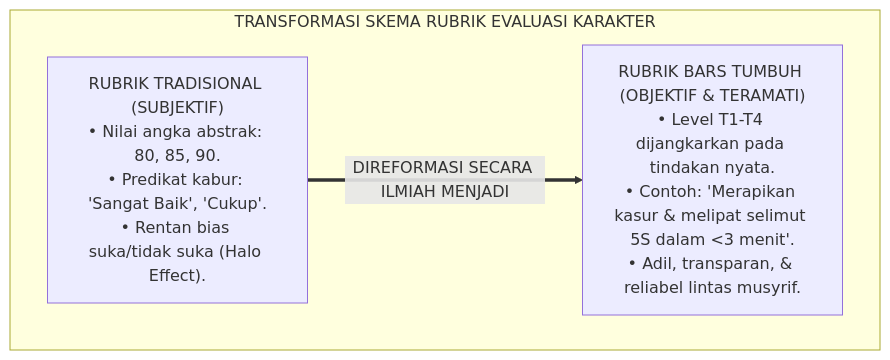
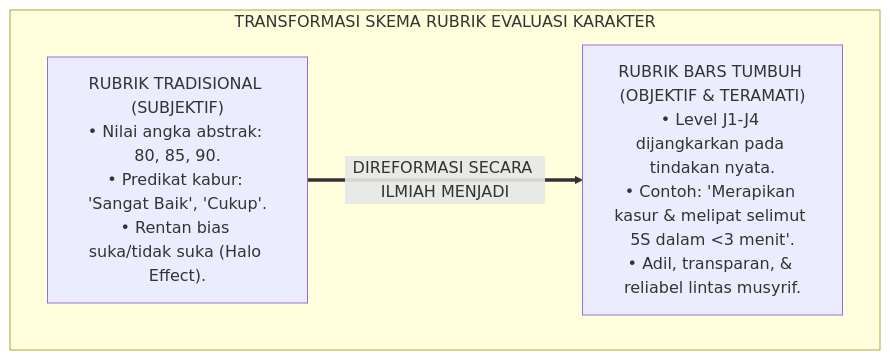
One commit to wandiapriliyandi/tumbuh changed the first of 4 diagrams in 03 Capacity Framework/02 Character Architecture/P3-02-04-Skema-Rubrik-dan-Indikator-Perilaku.md. Above: the diagram before and after it, drawn with Mermaid. The commit also changed other lines of this file and 209 other files, not shown here.

````diff
--- a/03 Capacity Framework/02 Character Architecture/P3-02-04-Skema-Rubrik-dan-Indikator-Perilaku.md
+++ b/03 Capacity Framework/02 Character Architecture/P3-02-04-Skema-Rubrik-dan-Indikator-Perilaku.md
@@ -53,10 +53,10 @@
 ```mermaid
 flowchart TD
     subgraph TransformasiRubrikTUMBUH["TRANSFORMASI SKEMA RUBRIK EVALUASI KARAKTER"]
         Tradisional["RUBRIK TRADISIONAL (SUBJEKTIF)<br/>• Nilai angka abstrak: 80, 85, 90.<br/>• Predikat kabur: 'Sangat Baik', 'Cukup'.<br/>• Rentan bias suka/tidak suka (Halo Effect)."]
         
-        BARS["RUBRIK BARS TUMBUH (OBJEKTIF & TERAMATI)<br/>• Level T1-T4 dijangkarkan pada tindakan nyata.<br/>• Contoh: 'Merapikan kasur & melipat selimut 5S dalam <3 menit'.<br/>• Adil, transparan, & reliabel lintas musyrif."]
+        BARS["RUBRIK BARS TUMBUH (OBJEKTIF & TERAMATI)<br/>• Level J1-J4 dijangkarkan pada tindakan nyata.<br/>• Contoh: 'Merapikan kasur & melipat selimut 5S dalam <3 menit'.<br/>• Adil, transparan, & reliabel lintas musyrif."]
         
         Tradisional ==>|DIREFORMASI SECARA ILMIAH MENJADI| BARS
     end
 ```
````
